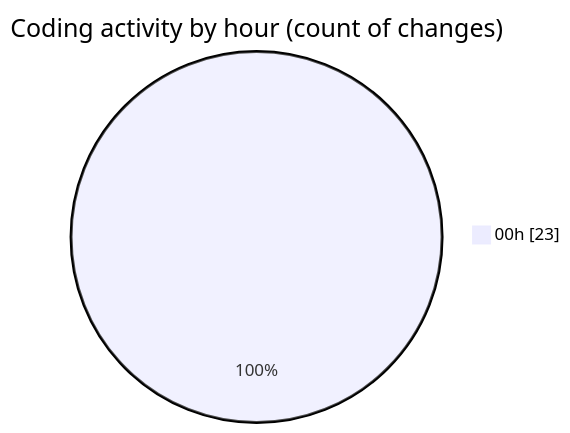
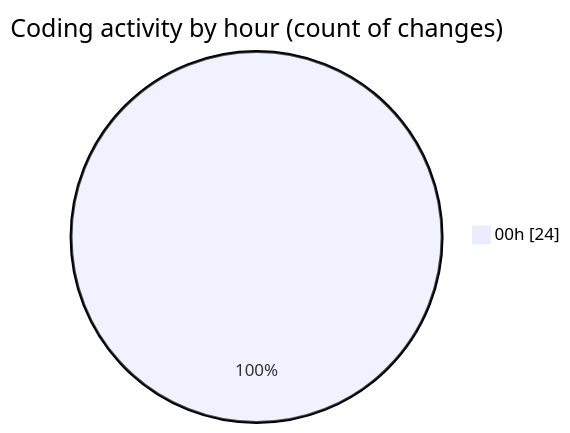
Before and after one commit to lephambinh05/code-tracking: the second of 2 diagrams in 2025-09-02/20m/README.md, drawn with Mermaid. The commit also changed other lines of this file and 1 other file, not shown here.

````diff
--- a/2025-09-02/20m/README.md
+++ b/2025-09-02/20m/README.md
@@ -45,5 +46,5 @@
 ```mermaid
 pie showData
 title Coding activity by hour (count of changes)
-"00h" : 23
+"00h" : 24
 ```
````
